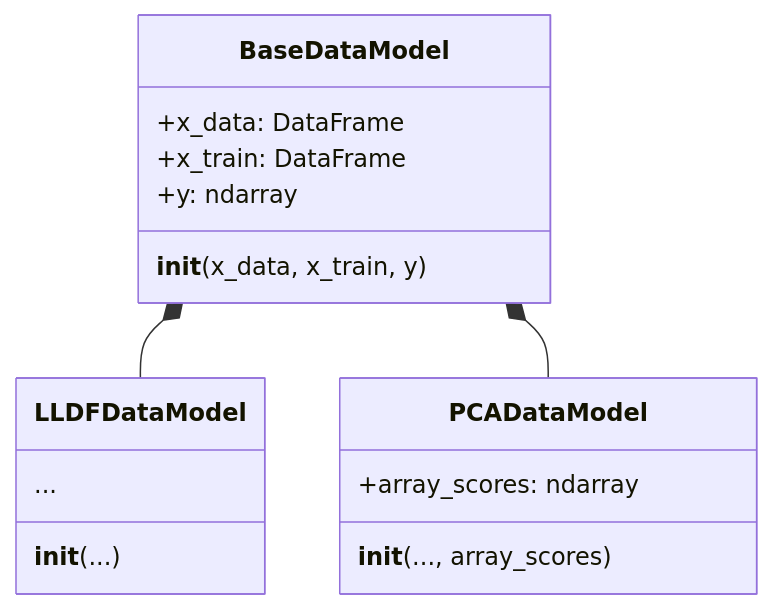
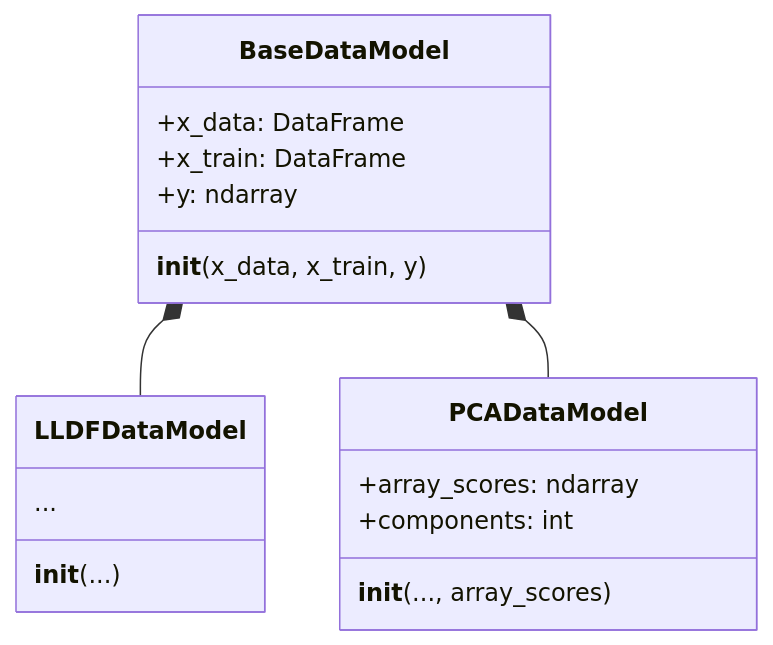
Before and after one commit to f-aguzzi/ChemFuseKit: the third of 3 diagrams in docs/cookbook/structure.md, drawn with Mermaid. The commit also changed other lines of this file and 3 other files, not shown here.

````diff
--- a/docs/cookbook/structure.md
+++ b/docs/cookbook/structure.md
@@ -135,22 +135,23 @@
 ```mermaid
 classDiagram
     class BaseDataModel {
         +x_data: DataFrame
         +x_train: DataFrame
         +y: ndarray
         __init__(x_data, x_train, y)
     }
 
     class LLDFDataModel {
         ...
         __init__(...)
     }
 
     class PCADataModel {
         +array_scores: ndarray
+        +components: int
         __init__(..., array_scores)
     }
 
     BaseDataModel *-- LLDFDataModel
     BaseDataModel *-- PCADataModel
 ```
````
